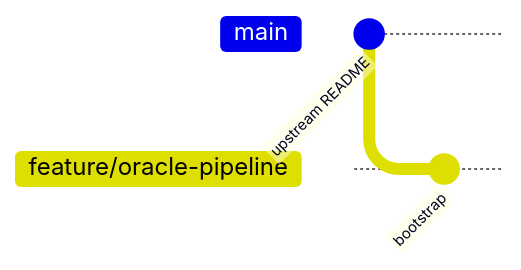
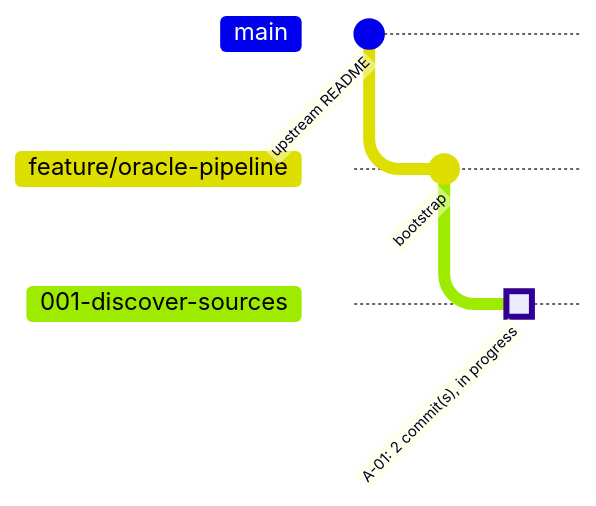
One commit to HebaGaber/oracle-property-intelligence-platform-pipeline-travis-tx changed the second of 2 diagrams in docs/progress.md. Above: the diagram before and after it, drawn with Mermaid. The commit also changed other lines of this file and 1 other file, not shown here.

Commit message:
A-01: gate log and progress after G5

````diff
--- a/docs/progress.md
+++ b/docs/progress.md
@@ -19,7 +19,10 @@
 ```mermaid
 %%{init: { 'gitGraph': { 'mainBranchName': 'main', 'showCommitLabel': true } } }%%
 gitGraph
   commit id: "upstream README"
   branch "feature/oracle-pipeline"
   commit id: "bootstrap"
+  branch "001-discover-sources"
+  commit id: "A-01: 2 commit(s), in progress" type: HIGHLIGHT
+  checkout "feature/oracle-pipeline"
 ```
````
